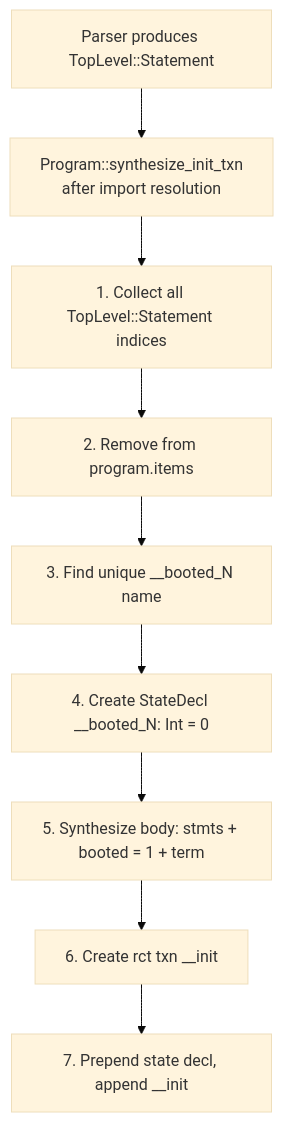
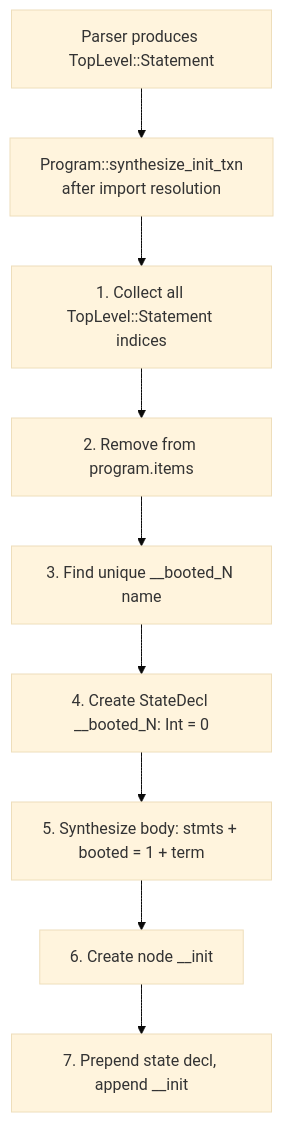
The second of 6 diagrams in docs/architecture/channel-map.md (Randozart/brief-lang), drawn with Mermaid (base theme) before and after one commit. The commit also changed 223 other files, not shown here.

First line of the commit message:
Rename rct txn to node throughout codebase + benchmark fixes plan

````diff
--- a/docs/architecture/channel-map.md
+++ b/docs/architecture/channel-map.md
@@ -52,11 +52,11 @@
 ```mermaid
 graph TD
     P[Parser produces TopLevel::Statement] --> Syn[Program::synthesize_init_txn<br>after import resolution]
     Syn --> C1[1. Collect all TopLevel::Statement indices]
     C1 --> C2[2. Remove from program.items]
     C2 --> C3[3. Find unique __booted_N name]
     C3 --> C4[4. Create StateDecl __booted_N: Int = 0]
     C4 --> C5[5. Synthesize body: stmts + booted = 1 + term]
-    C5 --> C6[6. Create rct txn __init]
+    C5 --> C6[6. Create node __init]
     C6 --> C7[7. Prepend state decl, append __init]
 ```
````
